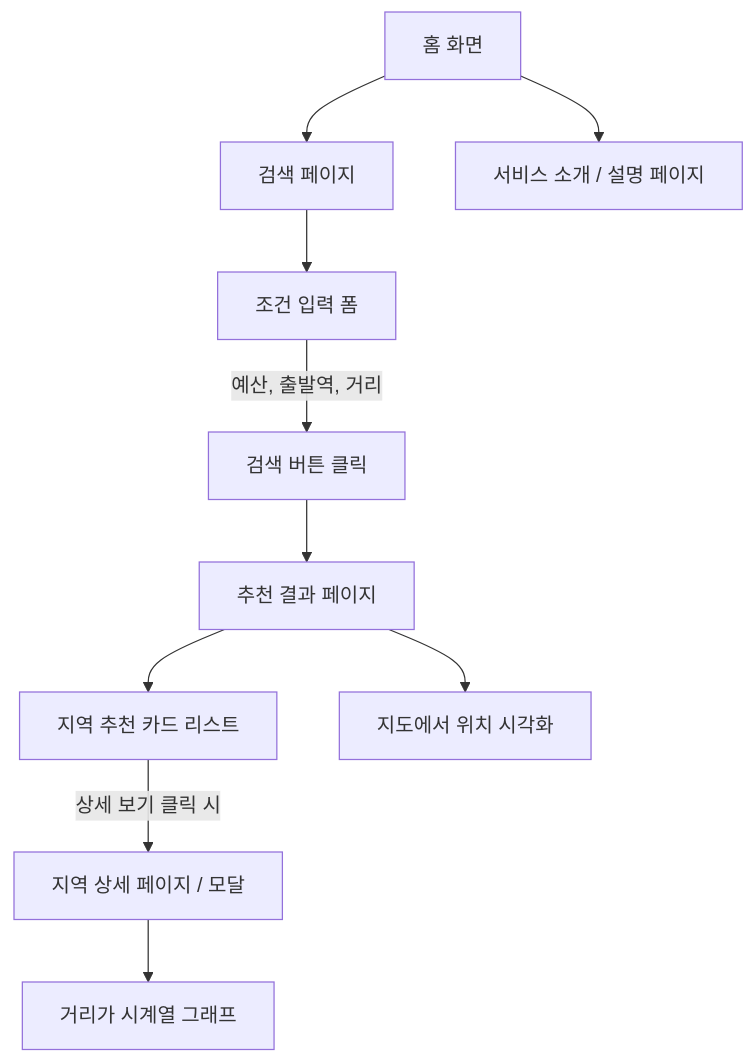
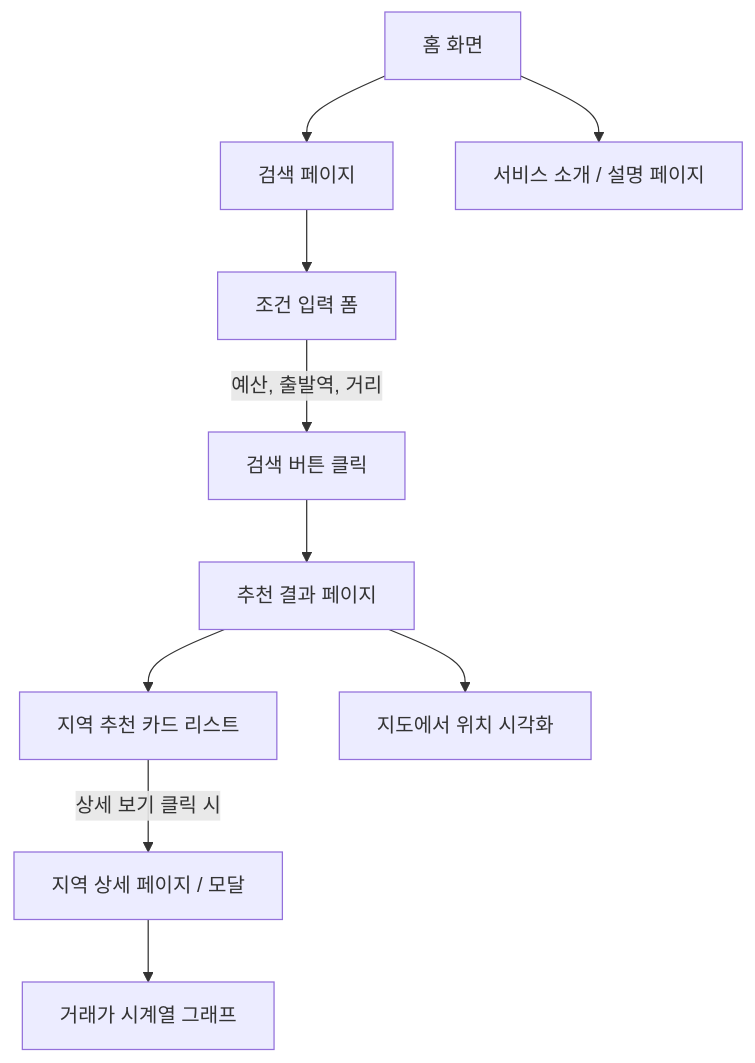
One commit to cloud-engineering-03/buy-seoul-client changed the diagram in README.md. Above: the diagram before and after it, drawn with Mermaid. The commit also changed other lines of this file, not shown here.

````diff
--- a/README.md
+++ b/README.md
@@ -32,15 +29,15 @@
 ```mermaid
 flowchart TD
   Start[홈 화면]
 
   Start --> SearchPage[검색 페이지]
   SearchPage --> InputForm[조건 입력 폼]
   InputForm --> | 예산, 출발역, 거리 | Submit[검색 버튼 클릭]
   Submit --> ResultPage[추천 결과 페이지]
   ResultPage --> DistrictCardList[지역 추천 카드 리스트]
   DistrictCardList --> | 상세 보기 클릭 시 | DistrictDetail[지역 상세 페이지 / 모달]
-  DistrictDetail --> TrendChart[거리가 시계열 그래프]
+  DistrictDetail --> TrendChart[거래가 시계열 그래프]
   ResultPage --> MapView[지도에서 위치 시각화]
 
   Start --> AboutPage[서비스 소개 / 설명 페이지]
 ```
````
